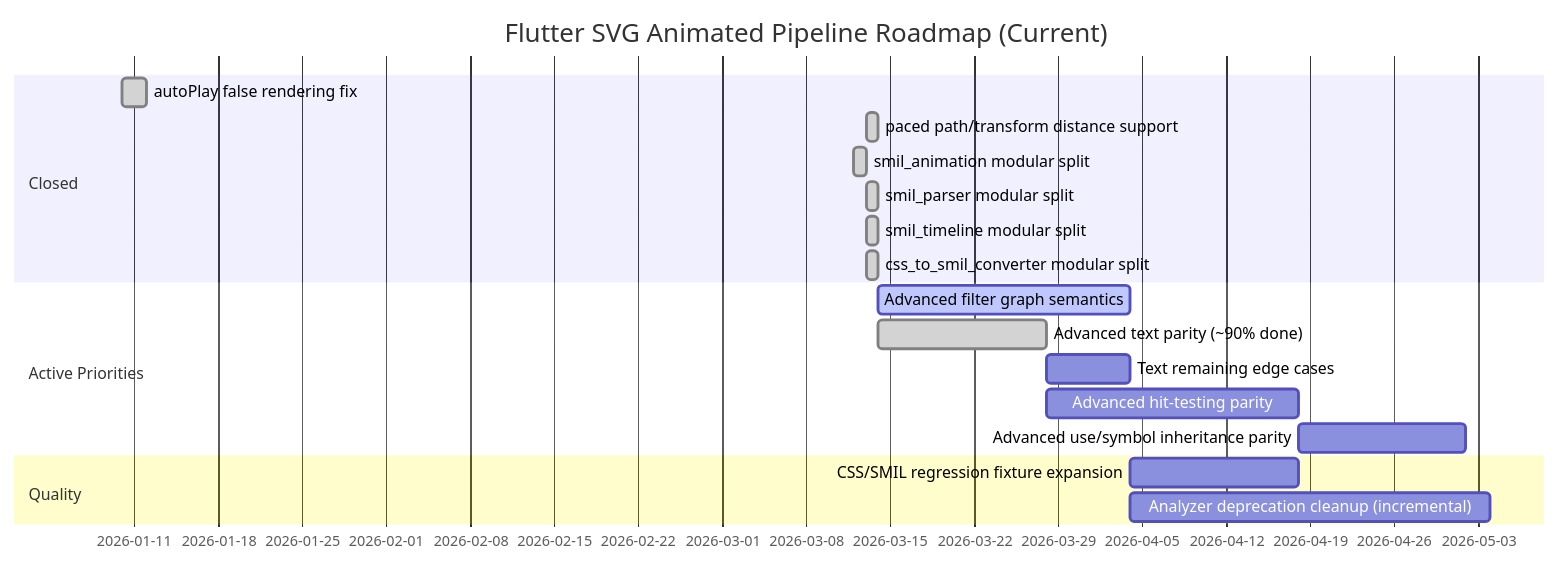
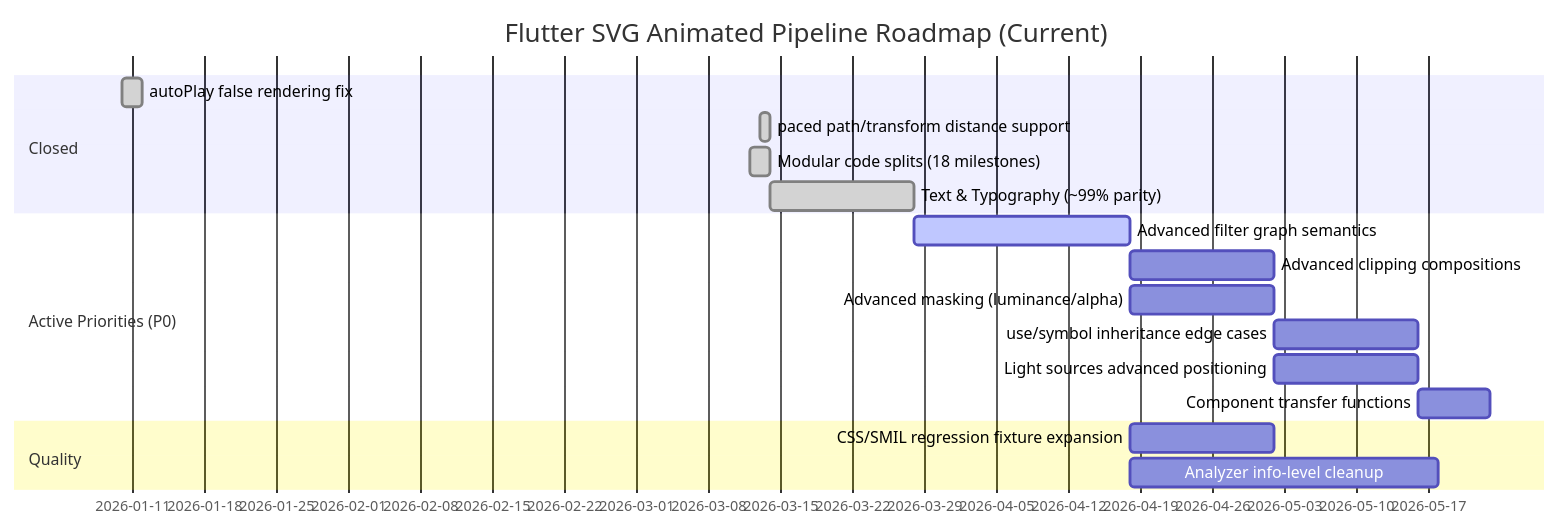
Before and after one commit to denisnadey/flutter_full_svg_support: the diagram in ROADMAP_VISUAL.md, drawn with Mermaid. The commit also changed other lines of this file and 13 other files, not shown here.

````diff
--- a/ROADMAP_VISUAL.md
+++ b/ROADMAP_VISUAL.md
@@ -3,24 +3,23 @@
 ```mermaid
 gantt
     title Flutter SVG Animated Pipeline Roadmap (Current)
     dateFormat  YYYY-MM-DD
 
     section Closed
     autoPlay false rendering fix               :done, c1, 2026-01-10, 2d
     paced path/transform distance support      :done, c2, 2026-03-13, 1d
-    smil_animation modular split               :done, c3, 2026-03-12, 1d
-    smil_parser modular split                  :done, c4, 2026-03-13, 1d
-    smil_timeline modular split                :done, c5, 2026-03-13, 1d
-    css_to_smil_converter modular split        :done, c6, 2026-03-13, 1d
+    Modular code splits (18 milestones)        :done, c3, 2026-03-12, 2d
+    Text & Typography (~99% parity)            :done, c4, 2026-03-14, 14d
 
-    section Active Priorities
-    Advanced filter graph semantics            :active, p1, 2026-03-14, 21d
-    Advanced text parity (~90% done)             :done, p2, 2026-03-14, 14d
-    Text remaining edge cases                     :p2b, after p2, 7d
-    Advanced hit-testing parity                :p3, after p2, 21d
-    Advanced use/symbol inheritance parity     :p4, after p3, 14d
+    section Active Priorities (P0)
+    Advanced filter graph semantics            :active, p1, 2026-03-28, 21d
+    Advanced clipping compositions             :p2, after p1, 14d
+    Advanced masking (luminance/alpha)         :p3, after p1, 14d
+    use/symbol inheritance edge cases          :p4, after p2, 14d
+    Light sources advanced positioning         :p5, after p3, 14d
+    Component transfer functions               :p6, after p4, 7d
 
     section Quality
     CSS/SMIL regression fixture expansion      :q1, after p1, 14d
-    Analyzer deprecation cleanup (incremental) :q2, after p1, 30d
+    Analyzer info-level cleanup                :q2, after p1, 30d
 ```
````
